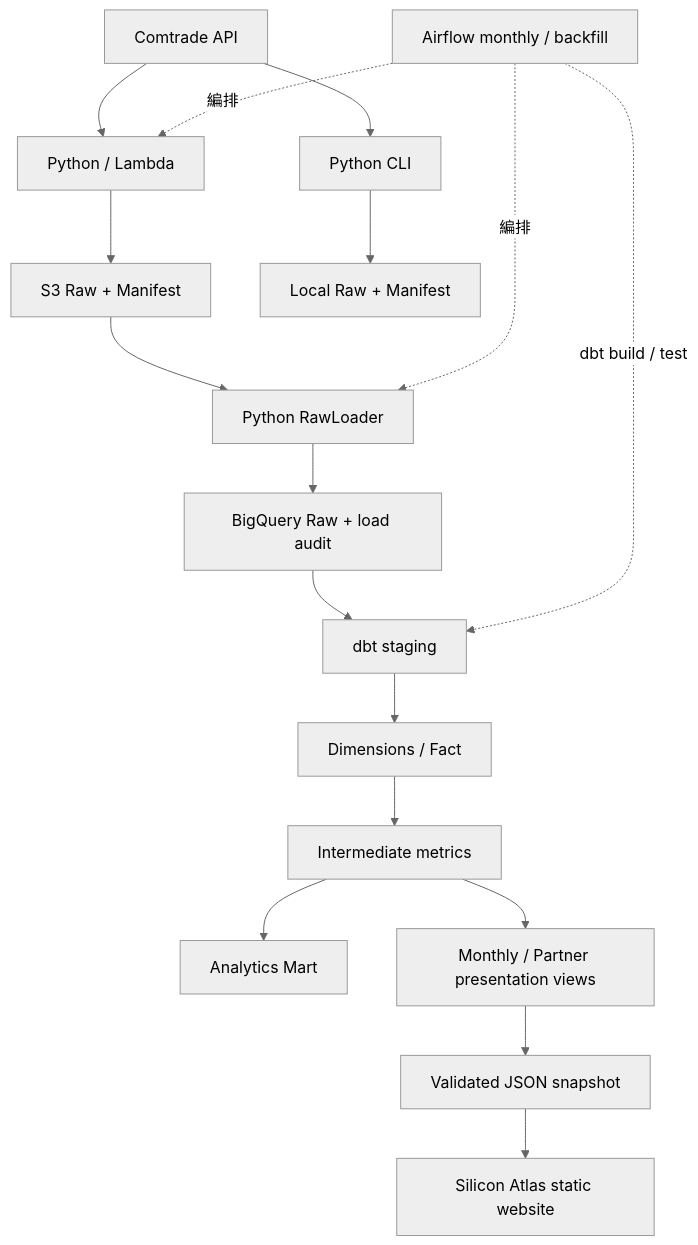
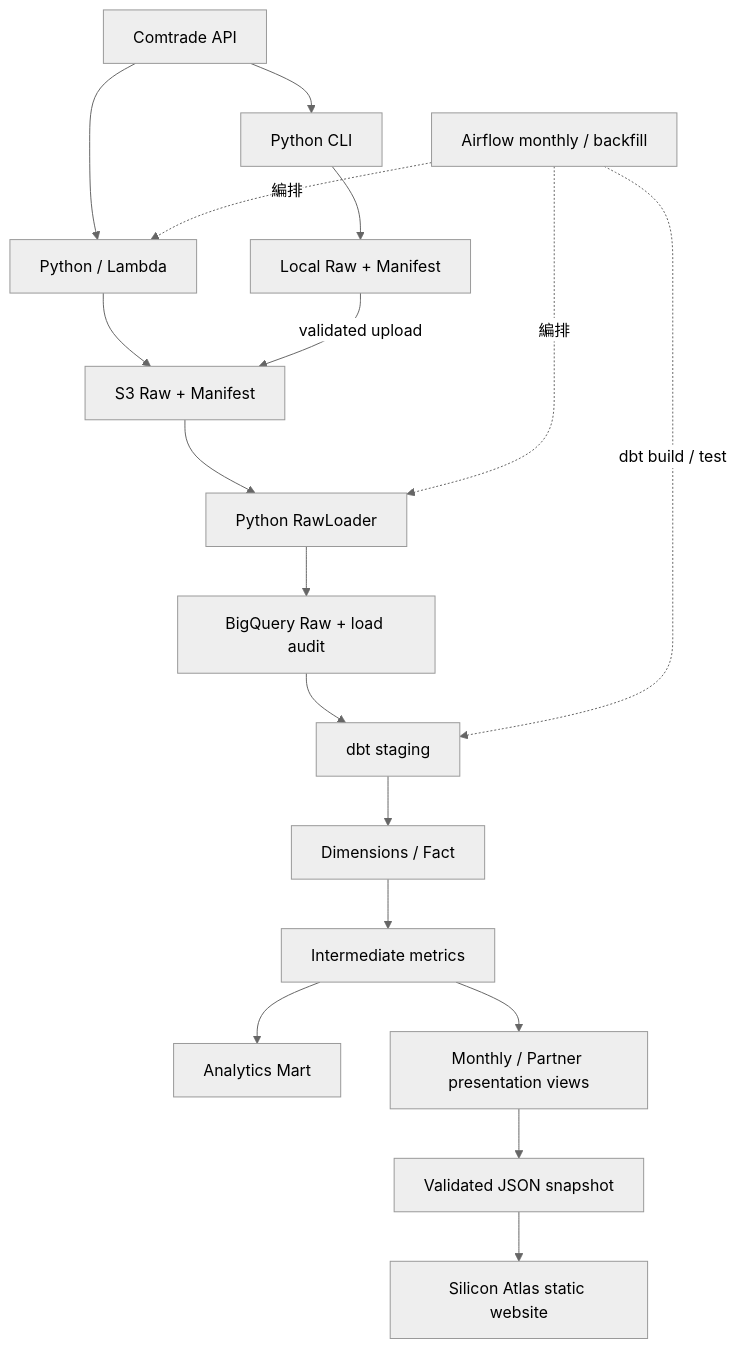
Before and after one commit to sunhua12/000-trade-analytics: the first of 2 diagrams in README.md, drawn with Mermaid (neutral theme). The commit also changed other lines of this file and 55 other files, not shown here.

````diff
--- a/README.md
+++ b/README.md
@@ -13,19 +13,20 @@
 ```mermaid
 flowchart TD
     API[Comtrade API] --> Lambda[Python / Lambda]
     API --> CLI[Python CLI]
     Lambda --> S3[S3 Raw + Manifest]
     CLI --> Local[Local Raw + Manifest]
+    Local -->|validated upload| S3
     S3 --> Loader[Python RawLoader]
     Loader --> Raw[BigQuery Raw + load audit]
     Raw --> Staging[dbt staging]
     Staging --> Core[Dimensions / Fact]
     Core --> Metrics[Intermediate metrics]
     Metrics --> Mart[Analytics Mart]
     Metrics --> Presentation[Monthly / Partner presentation views]
     Presentation --> JSON[Validated JSON snapshot]
     JSON --> UI[Silicon Atlas static website]
     Airflow[Airflow monthly / backfill] -.編排.-> Lambda
     Airflow -.編排.-> Loader
     Airflow -.dbt build / test.-> Staging
 ```
````
